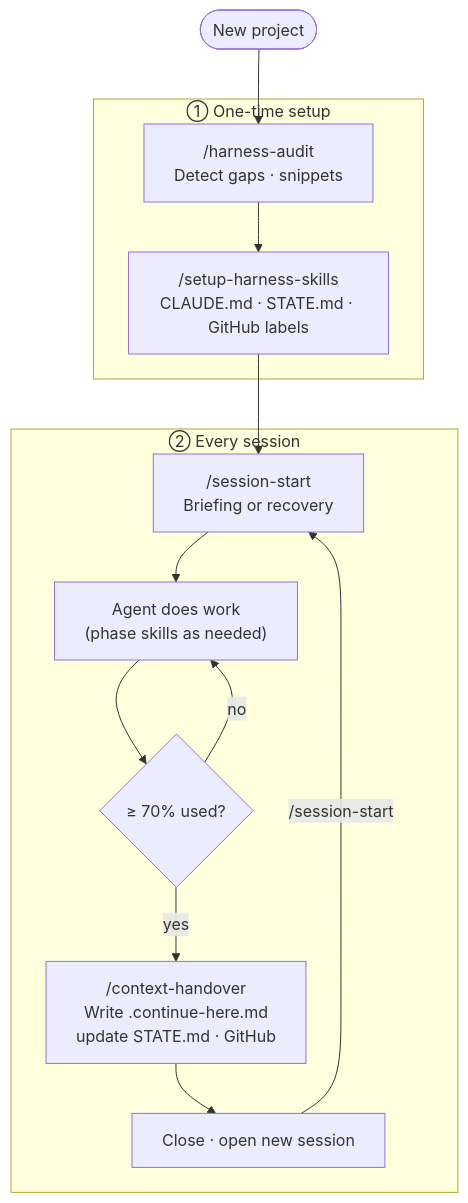
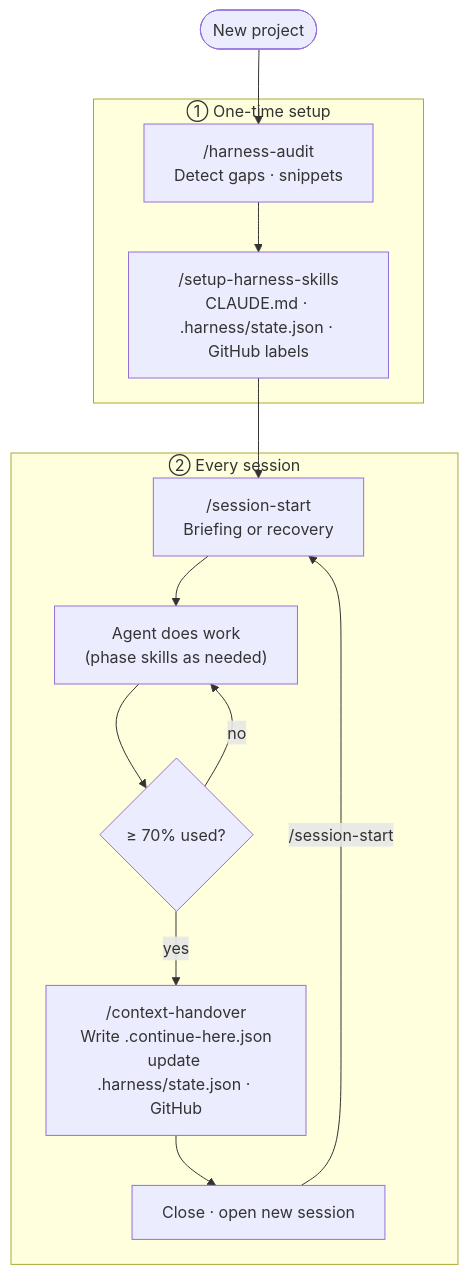
The second of 3 diagrams in README.md (ClydeShen/harness-skill), drawn with Mermaid before and after one commit. The commit also changed other lines of this file, not shown here.

````diff
--- a/README.md
+++ b/README.md
@@ -147,21 +147,21 @@
 ```mermaid
 flowchart TD
     A([New project]) --> B
 
     subgraph ONCE["① One-time setup"]
         B["/harness-audit<br/>Detect gaps · snippets"]
-        B --> C["/setup-harness-skills<br/>CLAUDE.md · STATE.md · GitHub labels"]
+        B --> C["/setup-harness-skills<br/>CLAUDE.md · .harness/state.json · GitHub labels"]
     end
 
     C --> D
 
     subgraph LOOP["② Every session"]
         D["/session-start<br/>Briefing or recovery"]
         D --> WORK["Agent does work<br/>(phase skills as needed)"]
         WORK --> CTX{"≥ 70% used?"}
-        CTX -->|yes| HO["/context-handover<br/>Write .continue-here.md<br/>update STATE.md · GitHub"]
+        CTX -->|yes| HO["/context-handover<br/>Write .continue-here.json<br/>update .harness/state.json · GitHub"]
         HO --> COM["Close · open new session"]
         COM -->|"/session-start"| D
         CTX -->|no| WORK
     end
 ```
````
